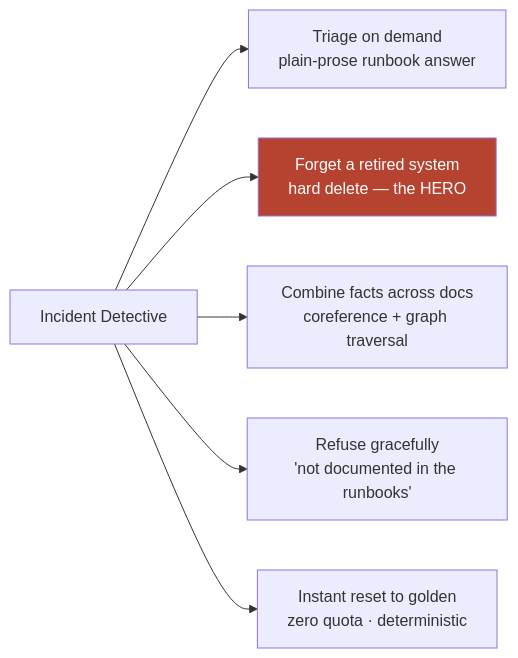
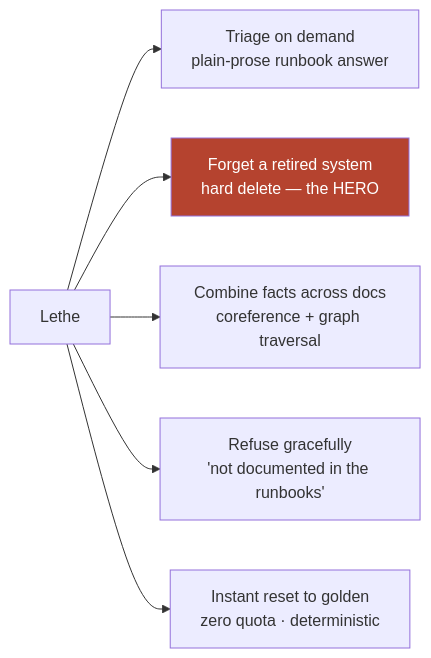
One commit to vinayaksonthalia/lethe changed the diagram in learning/00-the-big-picture/is-the-research-done.md. Above: the diagram before and after it, drawn with Mermaid. The commit also changed 15 other files, not shown here.

````diff
--- a/learning/00-the-big-picture/is-the-research-done.md
+++ b/learning/00-the-big-picture/is-the-research-done.md
@@ -50,9 +50,9 @@
 ```mermaid
 flowchart LR
-    C["Incident Detective"] --> C1["Triage on demand<br/>plain-prose runbook answer"]
+    C["Lethe"] --> C1["Triage on demand<br/>plain-prose runbook answer"]
     C --> C2["Forget a retired system<br/>hard delete — the HERO"]
     C --> C3["Combine facts across docs<br/>coreference + graph traversal"]
     C --> C4["Refuse gracefully<br/>'not documented in the runbooks'"]
     C --> C5["Instant reset to golden<br/>zero quota · deterministic"]
     style C2 fill:#b5432f,color:#fff
 ```
````
